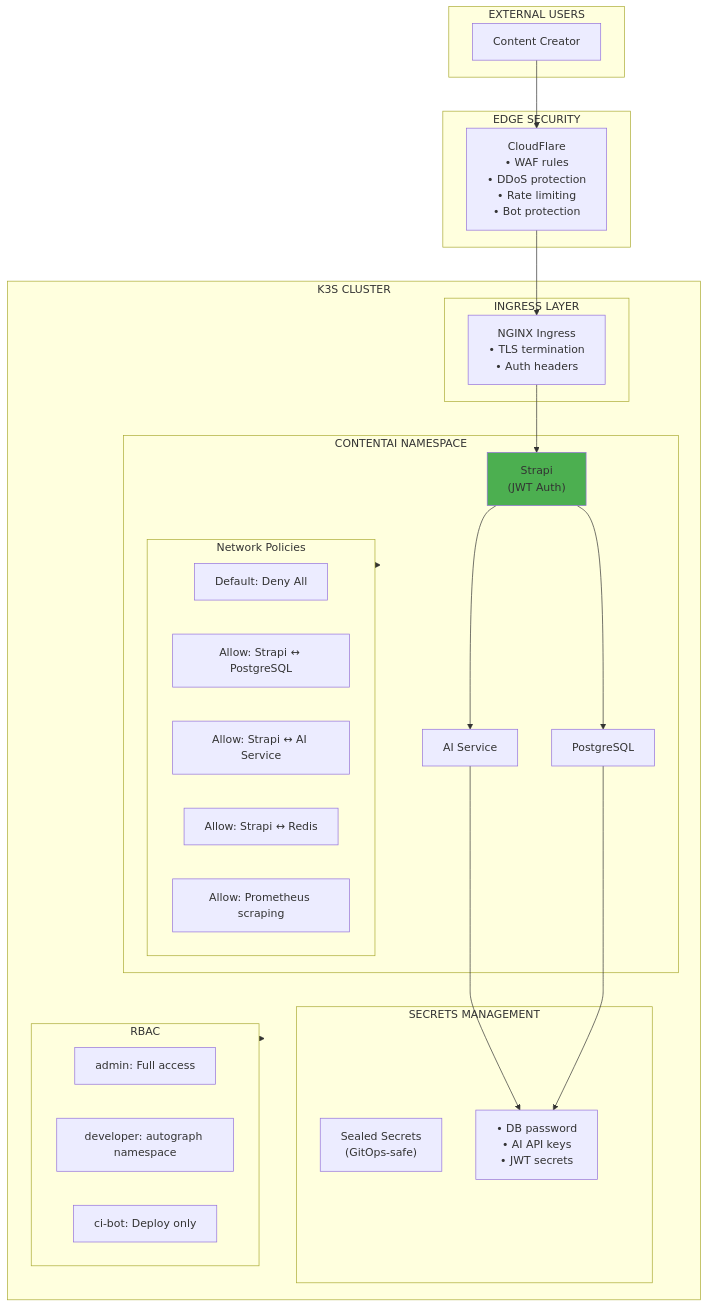
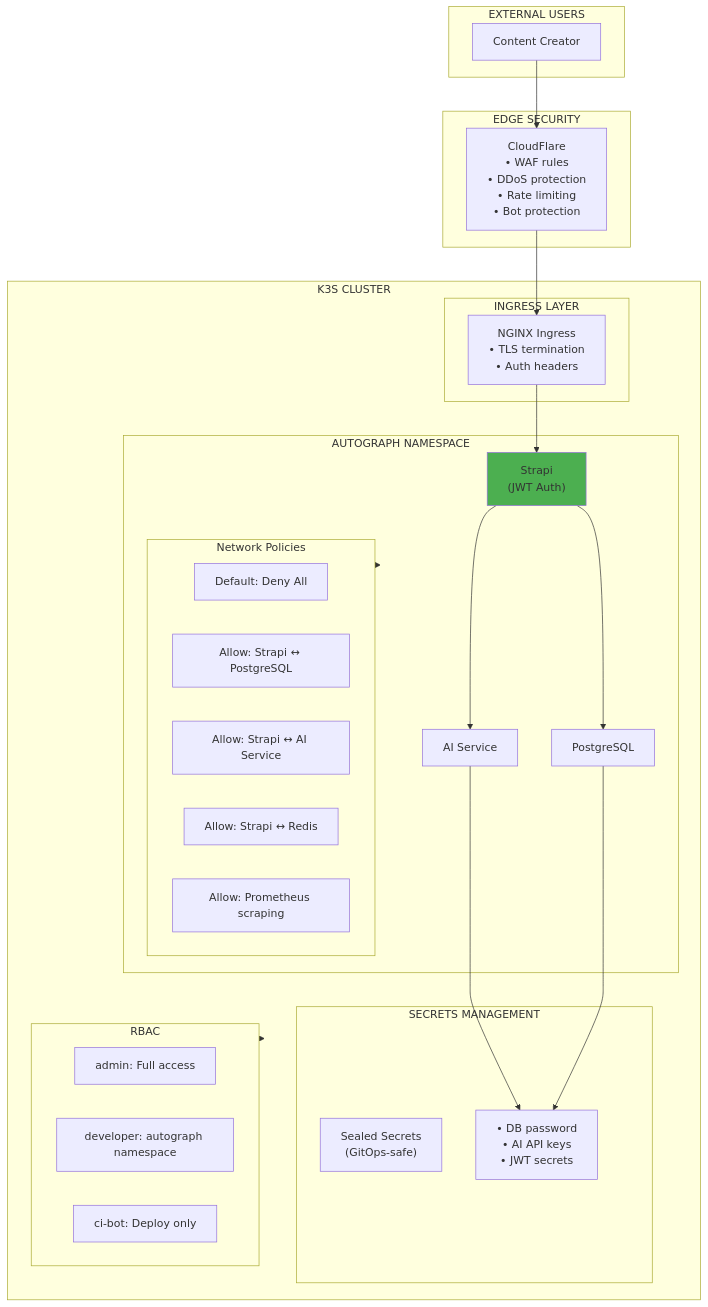
One commit to PearlThoughtsInternship/Internship-Obsidian-Vault changed the seventh of 9 diagrams in DevOps/01-Product/04-Target-Architecture.md. Above: the diagram before and after it, drawn with Mermaid. The commit also changed other lines of this file and 7 other files, not shown here.

````diff
--- a/DevOps/01-Product/04-Target-Architecture.md
+++ b/DevOps/01-Product/04-Target-Architecture.md
@@ -329,49 +329,49 @@
 ```mermaid
 flowchart TB
     subgraph External["EXTERNAL USERS"]
         User["Content Creator"]
     end
 
     subgraph Edge["EDGE SECURITY"]
         CF["CloudFlare\n• WAF rules\n• DDoS protection\n• Rate limiting\n• Bot protection"]
     end
 
     subgraph Cluster["K3S CLUSTER"]
         subgraph Ingress["INGRESS LAYER"]
             ING["NGINX Ingress\n• TLS termination\n• Auth headers"]
         end
 
-        subgraph Autograph["CONTENTAI NAMESPACE"]
+        subgraph Autograph["AUTOGRAPH NAMESPACE"]
             subgraph NetPol["Network Policies"]
                 NP1["Default: Deny All"]
                 NP2["Allow: Strapi ↔ PostgreSQL"]
                 NP3["Allow: Strapi ↔ AI Service"]
                 NP4["Allow: Strapi ↔ Redis"]
                 NP5["Allow: Prometheus scraping"]
             end
 
             Strapi["Strapi\n(JWT Auth)"]
             AI["AI Service"]
             PG["PostgreSQL"]
         end
 
         subgraph Secrets["SECRETS MANAGEMENT"]
             Sealed["Sealed Secrets\n(GitOps-safe)"]
             Keys["• DB password\n• AI API keys\n• JWT secrets"]
         end
 
         subgraph RBAC["RBAC"]
             R1["admin: Full access"]
             R2["developer: autograph namespace"]
             R3["ci-bot: Deploy only"]
         end
     end
 
     User --> CF --> ING --> Strapi
     Strapi --> AI --> Keys
     Strapi --> PG --> Keys
     NetPol --> Autograph
     RBAC --> Cluster
 
     style Strapi fill:#4CAF50
 ```
````
